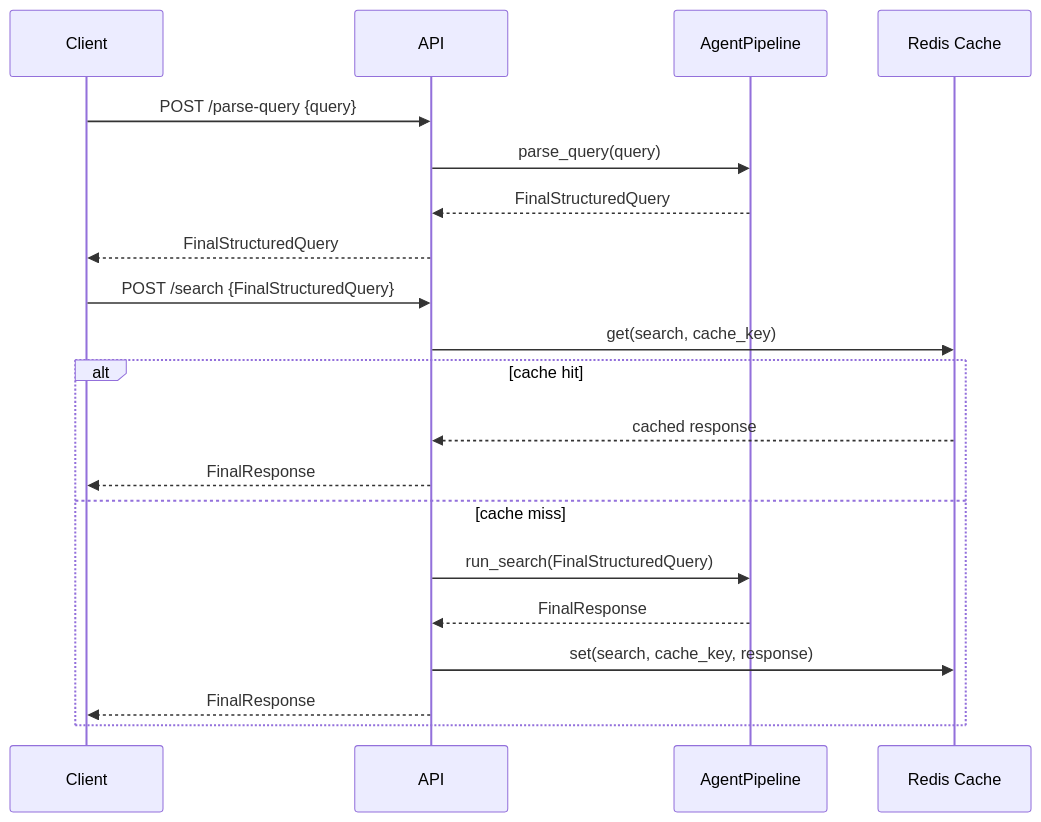
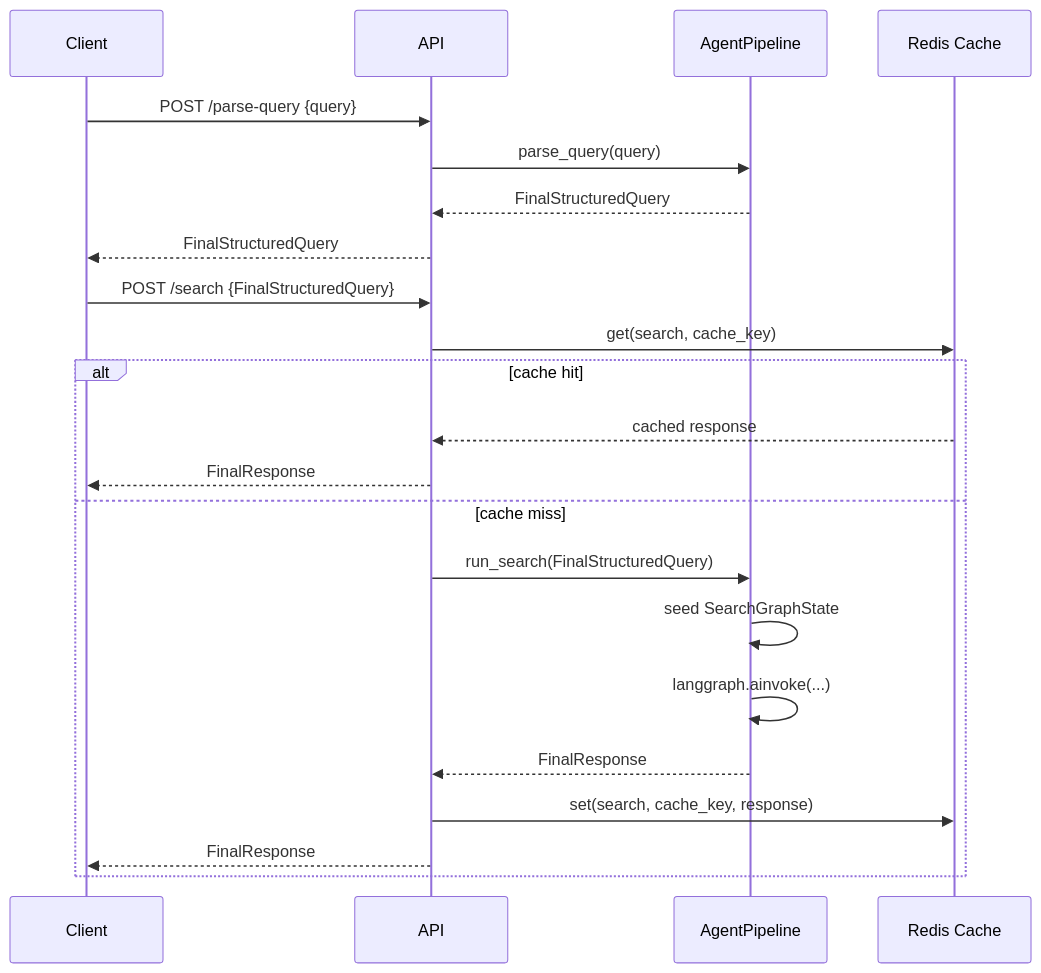
One commit to chandankumar123456/smartcart-ai-backend changed the second of 2 diagrams in app/api/README.md. Above: the diagram before and after it, drawn with Mermaid. The commit also changed other lines of this file and 9 other files, not shown here.

````diff
--- a/app/api/README.md
+++ b/app/api/README.md
@@ -164,24 +164,26 @@
 ```mermaid
 sequenceDiagram
     participant C as Client
     participant A as API
     participant P as AgentPipeline
     participant R as Redis Cache
 
     C->>A: POST /parse-query {query}
     A->>P: parse_query(query)
     P-->>A: FinalStructuredQuery
     A-->>C: FinalStructuredQuery
 
     C->>A: POST /search {FinalStructuredQuery}
     A->>R: get(search, cache_key)
     alt cache hit
       R-->>A: cached response
       A-->>C: FinalResponse
     else cache miss
       A->>P: run_search(FinalStructuredQuery)
+      P->>P: seed SearchGraphState
+      P->>P: langgraph.ainvoke(...)
       P-->>A: FinalResponse
       A->>R: set(search, cache_key, response)
       A-->>C: FinalResponse
     end
 ```
````
